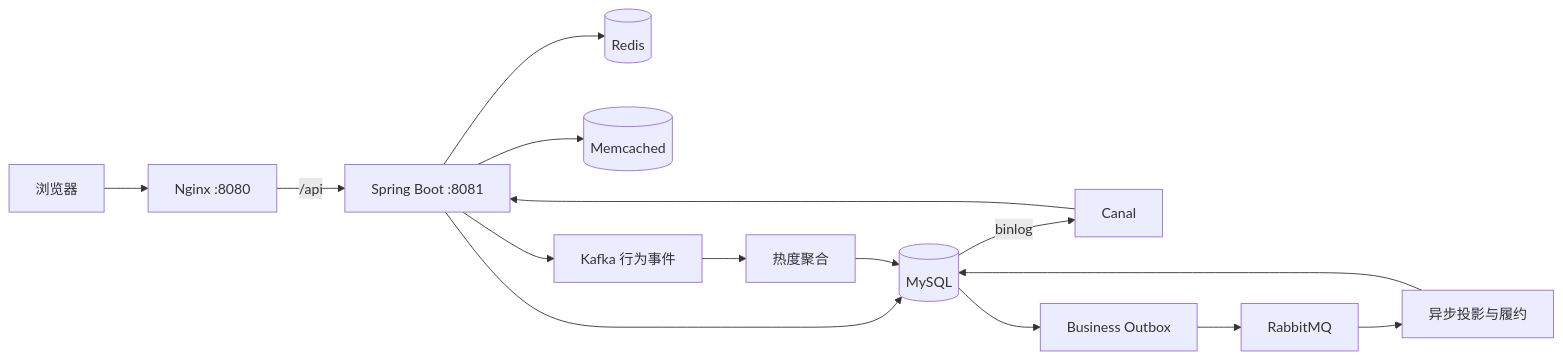
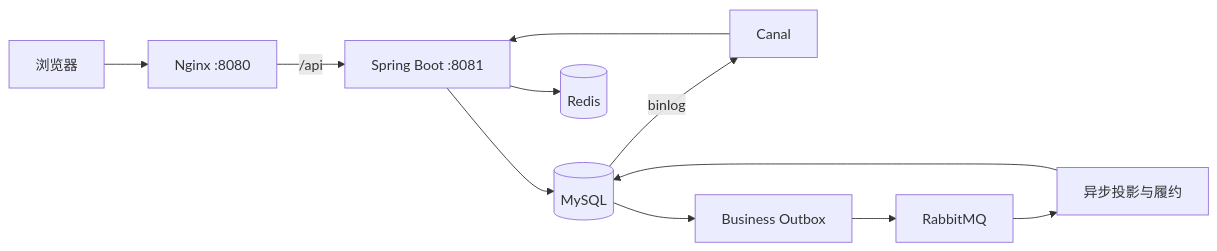
Before and after one commit to BLCX-Liverpool/Local_Life_UK: the diagram in README.md, drawn with Mermaid. The commit also changed other lines of this file and 2 other files, not shown here.

````diff
--- a/README.md
+++ b/README.md
@@ -53,17 +61,13 @@
 ```mermaid
 flowchart LR
     User[浏览器] --> Nginx[Nginx :8080]
     Nginx -->|/api| Java[Spring Boot :8081]
     Java --> MySQL[(MySQL)]
     Java --> Redis[(Redis)]
-    Java --> Memcache[(Memcached)]
     MySQL -->|binlog| Canal[Canal]
     Canal --> Java
     MySQL --> Outbox[Business Outbox]
     Outbox --> RabbitMQ[RabbitMQ]
     RabbitMQ --> Worker[异步投影与履约]
     Worker --> MySQL
-    Java --> Kafka[Kafka 行为事件]
-    Kafka --> Analytics[热度聚合]
-    Analytics --> MySQL
 ```
````
